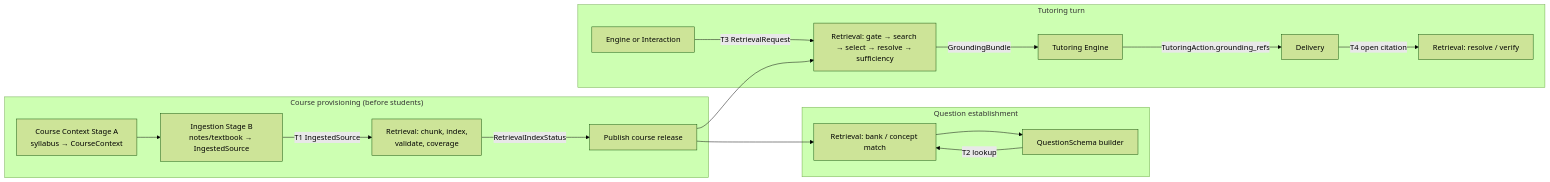
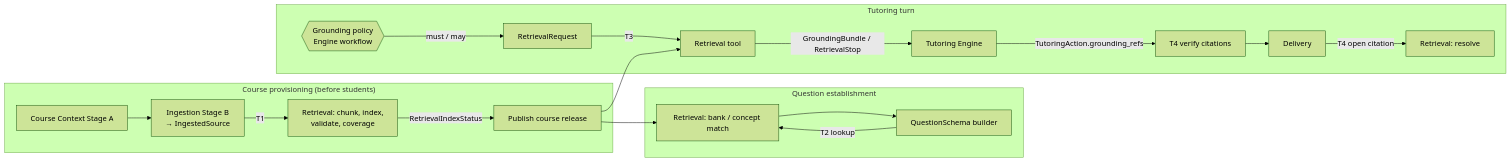
The first of 2 diagrams in specs/rag-retrieval.md (digital-professor-lab/digital-professor), drawn with Mermaid (forest theme) before and after one commit. The commit also changed other lines of this file, not shown here.

First line of the commit message:
Sean/spec: update rag-retrieval.md (V1 draft: tool framing, preflight, evidence check, inputs, human review)

````diff
--- a/specs/rag-retrieval.md
+++ b/specs/rag-retrieval.md
@@ -57,20 +91,22 @@
 ```mermaid
 flowchart LR
     subgraph Setup["Course provisioning (before students)"]
-        CC[Course Context Stage A<br/>syllabus → CourseContext] --> ING[Ingestion Stage B<br/>notes/textbook → IngestedSource]
-        ING -->|T1 IngestedSource| IDX[Retrieval: chunk, index,<br/>validate, coverage]
+        CC[Course Context Stage A] --> ING[Ingestion Stage B<br/>→ IngestedSource]
+        ING -->|T1| IDX[Retrieval: chunk, index,<br/>validate, coverage]
         IDX -->|RetrievalIndexStatus| PUB[Publish course release]
     end
     subgraph QS["Question establishment"]
         QB[QuestionSchema builder] -->|T2 lookup| LK[Retrieval: bank / concept match]
         LK --> QB
     end
     subgraph Turn["Tutoring turn"]
-        RQ[Engine or Interaction] -->|T3 RetrievalRequest| RET[Retrieval: gate → search → select → resolve → sufficiency]
-        RET -->|GroundingBundle| ENG[Tutoring Engine]
-        ENG -->|TutoringAction.grounding_refs| DEL[Delivery]
-        DEL -->|T4 open citation| RES[Retrieval: resolve / verify]
+        POL{{Grounding policy<br/>Engine workflow}} -->|must / may| RQ[RetrievalRequest]
+        RQ -->|T3| RET[Retrieval tool]
+        RET -->|GroundingBundle / RetrievalStop| ENG[Tutoring Engine]
+        ENG -->|TutoringAction.grounding_refs| VER[T4 verify citations]
+        VER --> DEL[Delivery]
+        DEL -->|T4 open citation| RES[Retrieval: resolve]
     end
     PUB --> LK
     PUB --> RET
 ```
````
